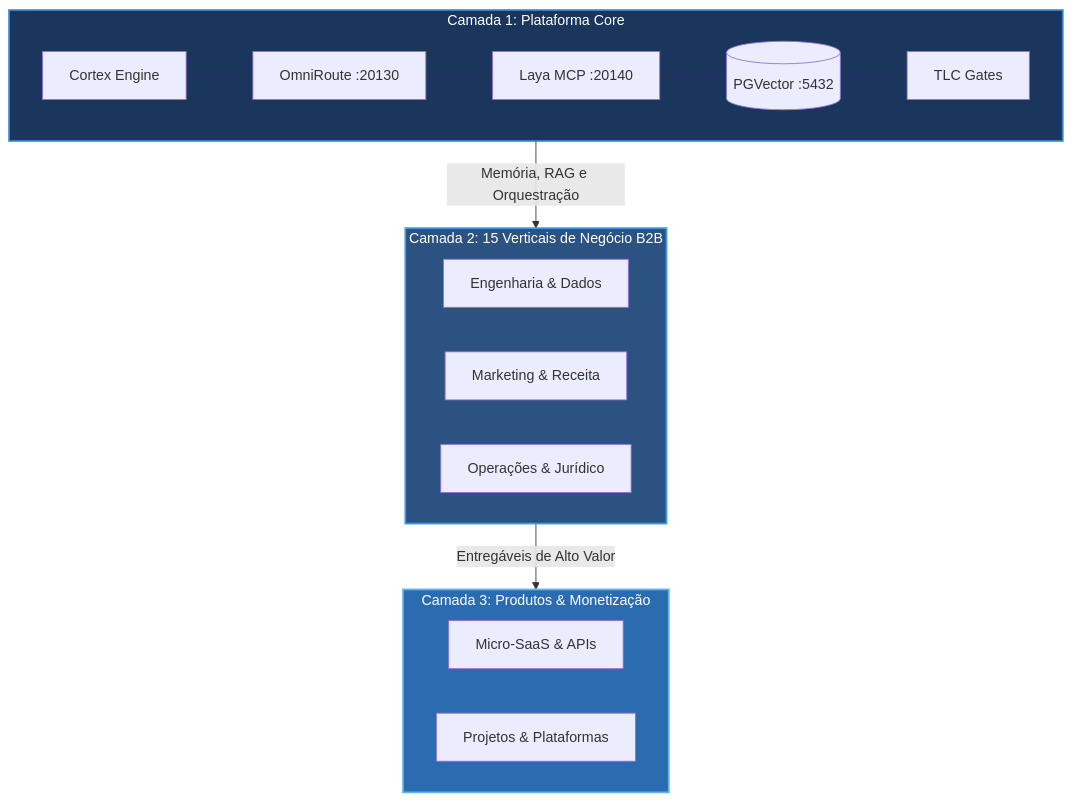
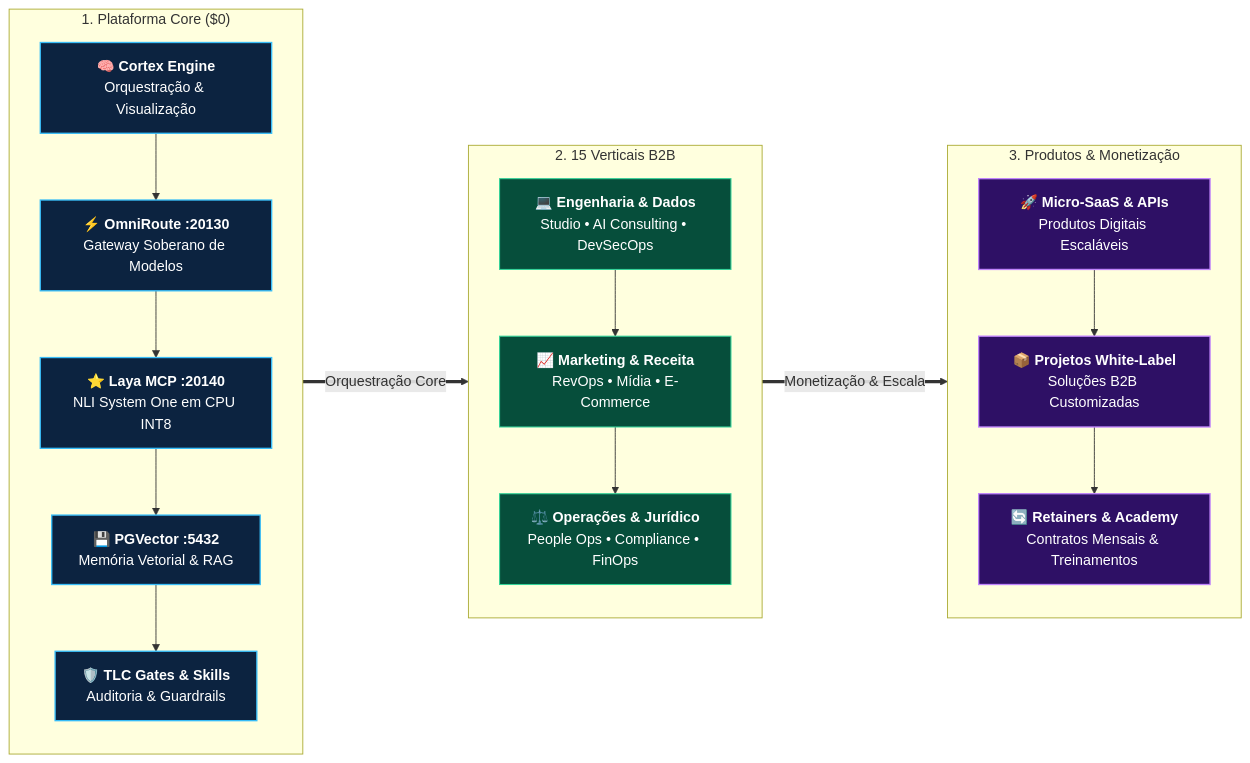
Before and after one commit to EnterDufter/PromptCoreLabs_AEOS: the first of 4 diagrams in README.md, drawn with Mermaid. The commit also changed other lines of this file and 8 other files, not shown here.

Commit message:
docs(mermaid): padronizar 15 diagramas calibrados v7 no repo, github pages e skill cortex

````diff
--- a/README.md
+++ b/README.md
@@ -66,27 +66,35 @@
 ```mermaid
-flowchart TD
-    subgraph L1 [Camada 1: Plataforma Core]
-        direction LR
-        CX[Cortex Engine] --- OR[OmniRoute :20130] --- LAYA[Laya MCP :20140] --- PG[(PGVector :5432)] --- TLC[TLC Gates]
+flowchart LR
+    classDef platform fill:#0c2340,stroke:#38bdf8,stroke-width:1.5px,color:#ffffff;
+    classDef verticals fill:#064e3b,stroke:#34d399,stroke-width:1.2px,color:#ffffff;
+    classDef products fill:#2e1065,stroke:#c084fc,stroke-width:1.5px,color:#ffffff;
+
+    subgraph Camada1 ["1. Plataforma Core ($0)"]
+        direction TB
+        P1["🧠 <b>Cortex Engine</b><br/>Orquestração & Visualização"]:::platform
+        P2["⚡ <b>OmniRoute :20130</b><br/>Gateway Soberano de Modelos"]:::platform
+        P3["⭐ <b>Laya MCP :20140</b><br/>NLI System One em CPU INT8"]:::platform
+        P4["💾 <b>PGVector :5432</b><br/>Memória Vetorial & RAG"]:::platform
+        P5["🛡️ <b>TLC Gates & Skills</b><br/>Auditoria & Guardrails"]:::platform
+        P1 --> P2 --> P3 --> P4 --> P5
     end
-    
-    subgraph L2 [Camada 2: 15 Verticais de Negócio B2B]
-        direction LR
-        VT[Engenharia & Dados]
-        VB[Marketing & Receita]
-        VO[Operações & Jurídico]
+
+    subgraph Camada2 ["2. 15 Verticais B2B"]
+        direction TB
+        V1["💻 <b>Engenharia & Dados</b><br/>Studio • AI Consulting • DevSecOps"]:::verticals
+        V2["📈 <b>Marketing & Receita</b><br/>RevOps • Mídia • E-Commerce"]:::verticals
+        V3["⚖️ <b>Operações & Jurídico</b><br/>People Ops • Compliance • FinOps"]:::verticals
+        V1 --> V2 --> V3
     end
-    
-    subgraph L3 [Camada 3: Produtos & Monetização]
-        direction LR
-        SaaS[Micro-SaaS & APIs]
-        PROJ[Projetos & Plataformas]
+
+    subgraph Camada3 ["3. Produtos & Monetização"]
+        direction TB
+        M1["🚀 <b>Micro-SaaS & APIs</b><br/>Produtos Digitais Escaláveis"]:::products
+        M2["📦 <b>Projetos White-Label</b><br/>Soluções B2B Customizadas"]:::products
+        M3["🔄 <b>Retainers & Academy</b><br/>Contratos Mensais & Treinamentos"]:::products
+        M1 --> M2 --> M3
     end
-    
-    L1 -->|Memória, RAG e Orquestração| L2
-    L2 -->|Entregáveis de Alto Valor| L3
-    
-    style L1 fill:#1a365d,stroke:#3182ce,stroke-width:2px,color:#fff
-    style L2 fill:#2c5282,stroke:#4299e1,stroke-width:2px,color:#fff
-    style L3 fill:#2b6cb0,stroke:#63b3ed,stroke-width:2px,color:#fff
+
+    Camada1 ==>|"Orquestração Core"| Camada2
+    Camada2 ==>|"Monetização & Escala"| Camada3
 ```
````
